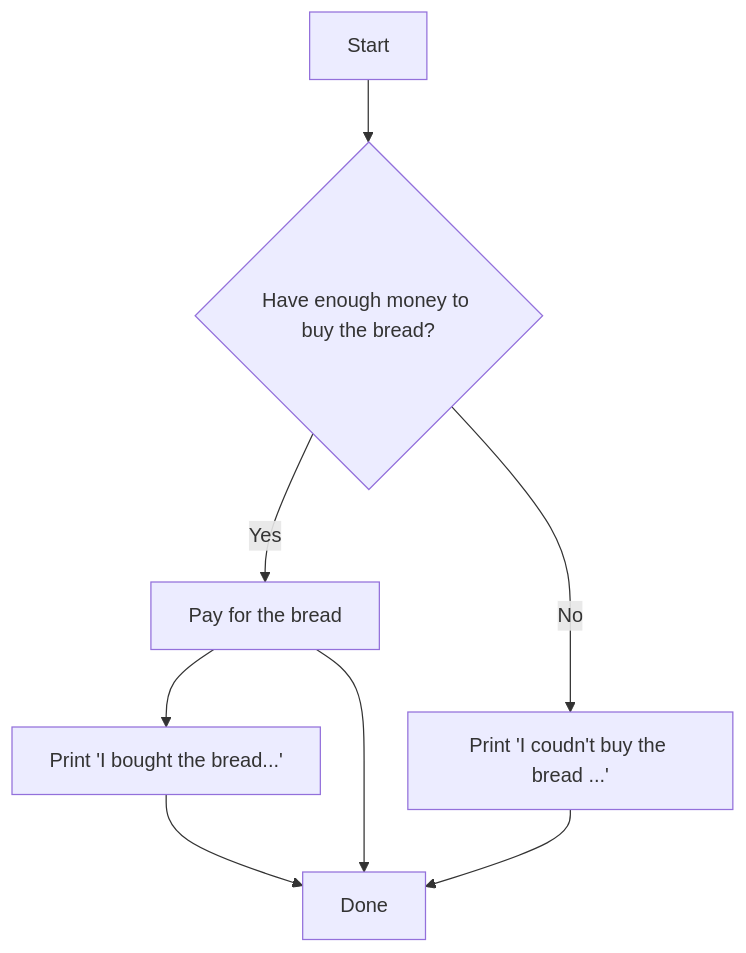
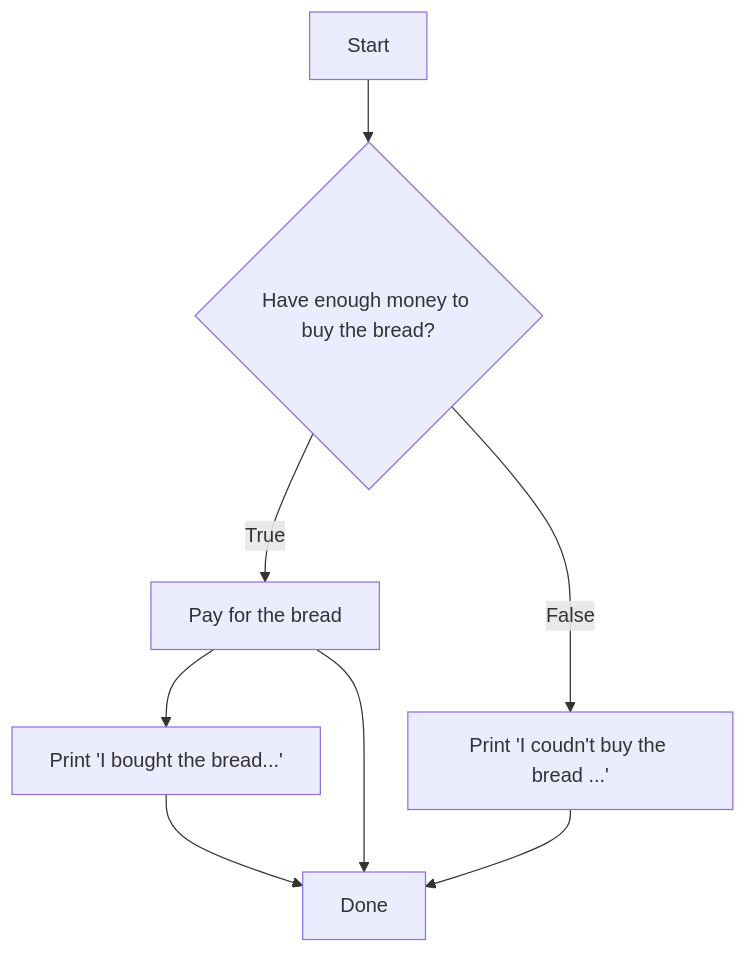
The second of 4 diagrams in courses/level-0/algoritma-menggunakan-python/3-conditionals.md (rahmanda/ayongulik), drawn with Mermaid before and after one commit. The commit also changed other lines of this file and 1 other file, not shown here.

Commit message:
docs(algoritma): replace diagram with True and False for branching

````diff
--- a/courses/level-0/algoritma-menggunakan-python/3-conditionals.md
+++ b/courses/level-0/algoritma-menggunakan-python/3-conditionals.md
@@ -53,10 +53,10 @@
 ```mermaid
 flowchart TD
     A[Start] --> B{Have enough money to buy the bread?}
-    B -- Yes --> C[Pay for the bread]
+    B -- True --> C[Pay for the bread]
     C --> D[Print 'I bought the bread...']
     C --> E[Done]
-    B -- No --> F[Print 'I coudn't buy the bread ...']
+    B -- False --> F[Print 'I coudn't buy the bread ...']
     F --> E
     D --> E
 ```
````
